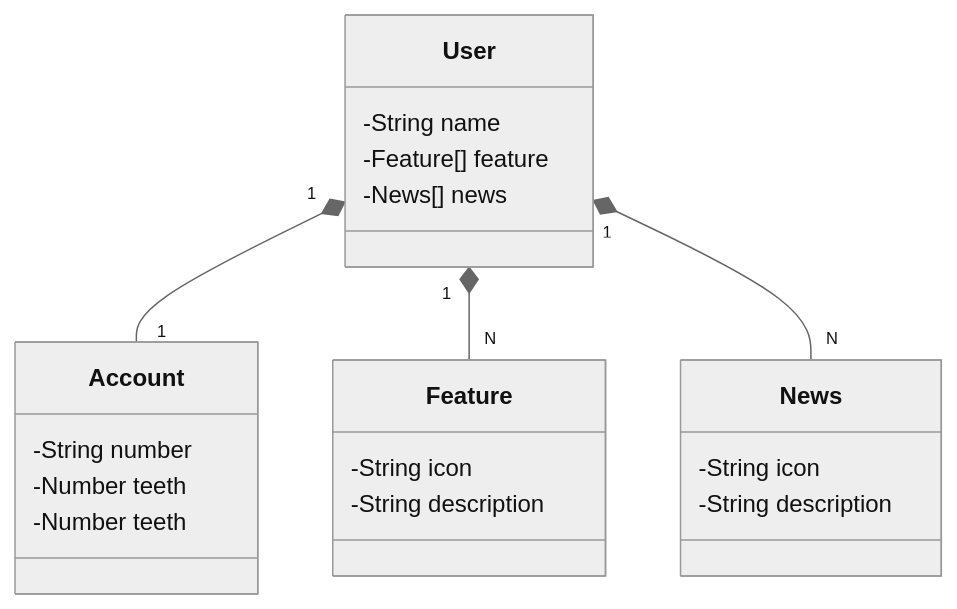
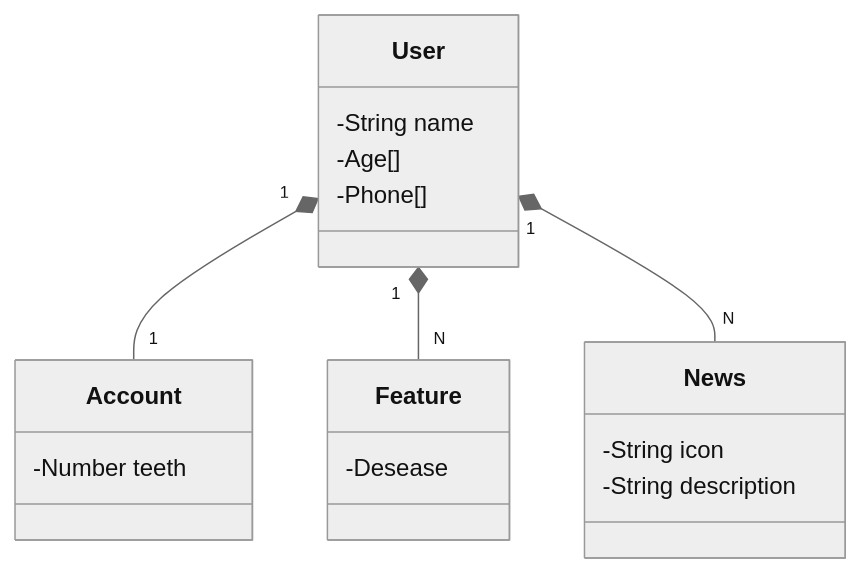
One commit to julianaalvescamargo/santander-dev-week-2023 changed the diagram in README.md. Above: the diagram before and after it, drawn with Mermaid (neutral theme).

````diff
--- a/README.md
+++ b/README.md
@@ -18,29 +18,26 @@
 ```mermaid
 classDiagram
   class User {
     -String name
-    -Feature[] feature
-    -News[] news
+    -Age[] 
+    -Phone[] 
   }
 
   class Account {
-    -String number
-    -Number teeth
     -Number teeth
   }
 
   class Feature {
-    -String icon
-    -String description
+    -Desease
   }
 
 
   class News {
     -String icon
     -String description
   }
 
   User "1" *-- "1" Account
   User "1" *-- "N" Feature
   User "1" *-- "N" News
 ```
````
